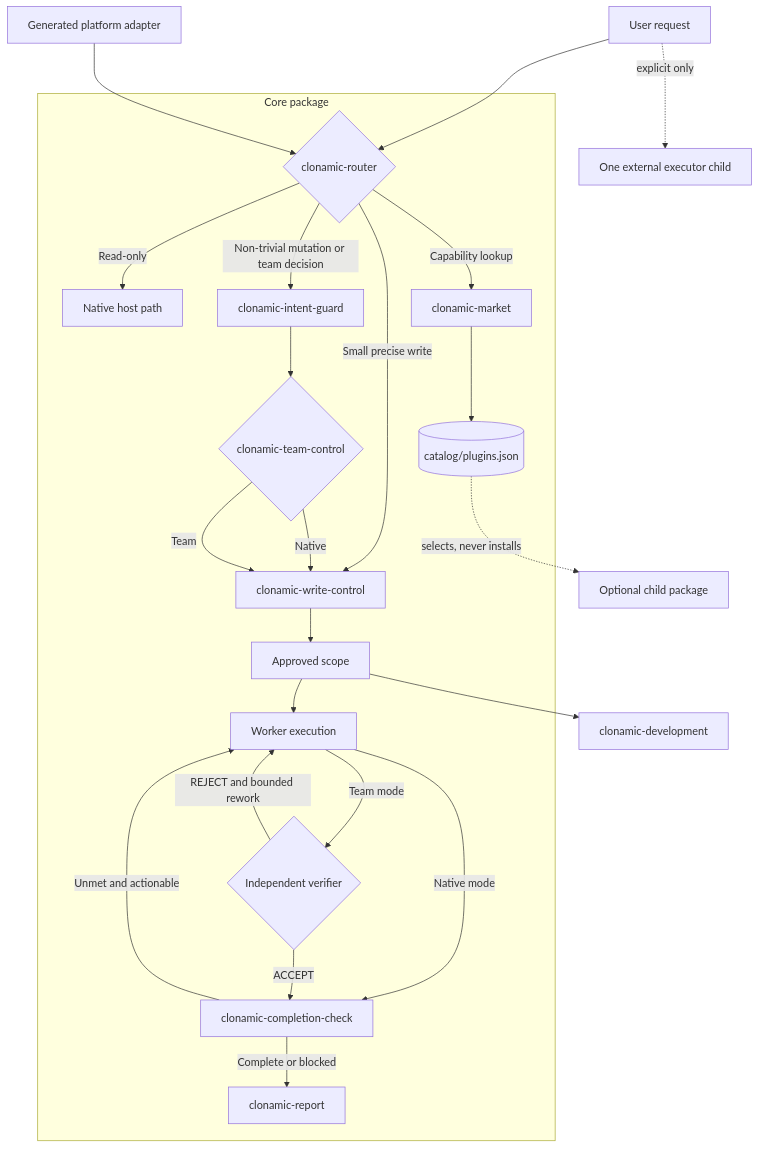
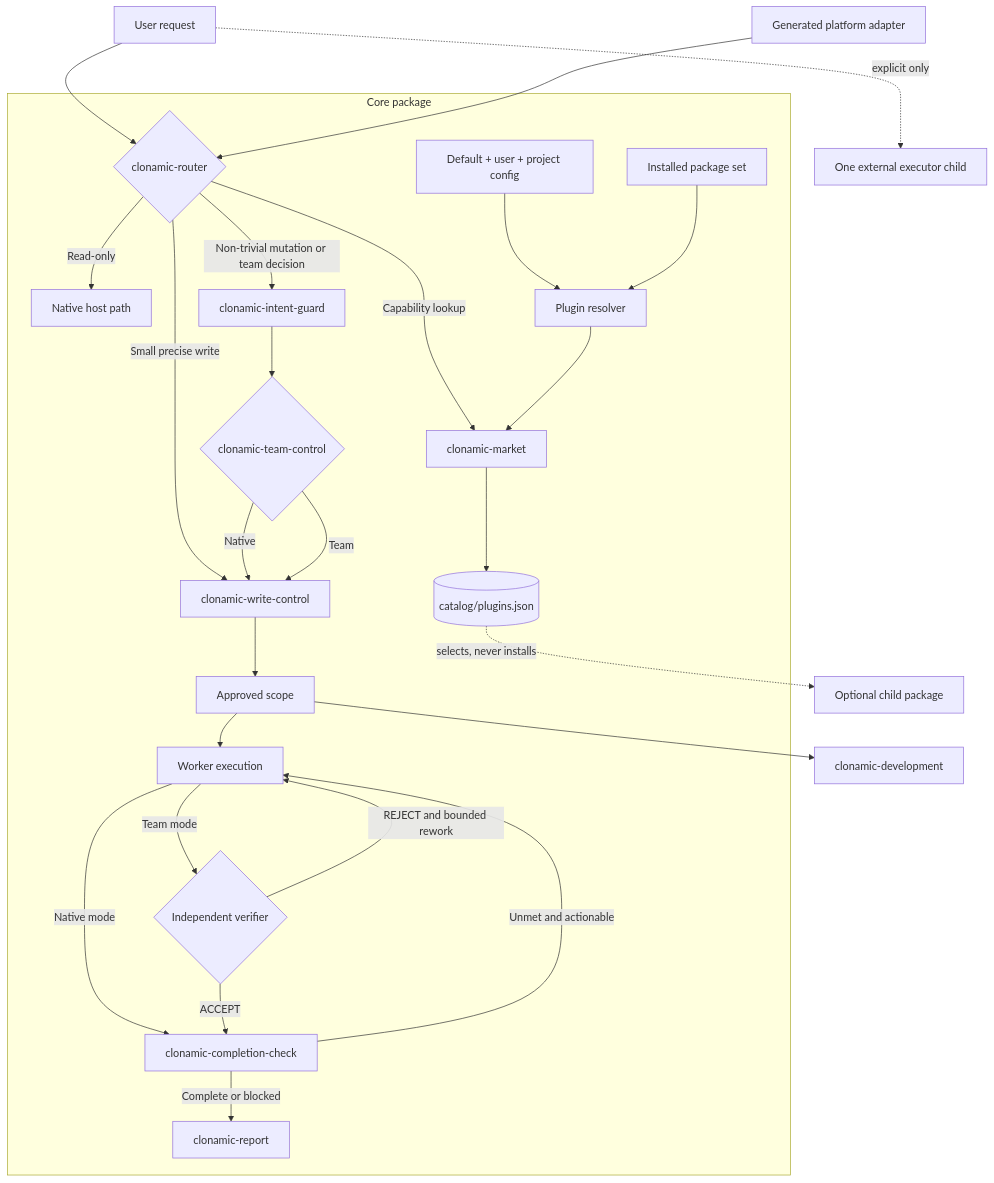
Before and after one commit to algocean1204/clonamic-herness-plugin: the diagram in DESIGN.md, drawn with Mermaid. The commit also changed other lines of this file and 94 other files, not shown here.

````diff
--- a/DESIGN.md
+++ b/DESIGN.md
@@ -7,28 +7,31 @@
 ```mermaid
 flowchart TB
     U[User request] --> R{clonamic-router}
 
     subgraph Core[Core package]
         R -->|Read-only| H[Native host path]
         R -->|Small precise write| W[clonamic-write-control]
         R -->|Non-trivial mutation or team decision| I[clonamic-intent-guard]
         I --> T{clonamic-team-control}
         T -->|Native| W
         T -->|Team| W
         W --> A[Approved scope]
         A --> X[Worker execution]
         X -->|Native mode| C
         X -->|Team mode| V{Independent verifier}
         V -->|REJECT and bounded rework| X
         V -->|ACCEPT| C[clonamic-completion-check]
         C -->|Unmet and actionable| X
         C -->|Complete or blocked| P[clonamic-report]
         R -->|Capability lookup| M[clonamic-market]
+        F[Default + user + project config] --> Q[Plugin resolver]
+        J[Installed package set] --> Q
+        Q --> M
         M --> K[(catalog/plugins.json)]
     end
 
     K -. selects, never installs .-> O[Optional child package]
     A --> D[clonamic-development]
     U -. explicit only .-> E[One external executor child]
     G[Generated platform adapter] --> R
 ```
````
